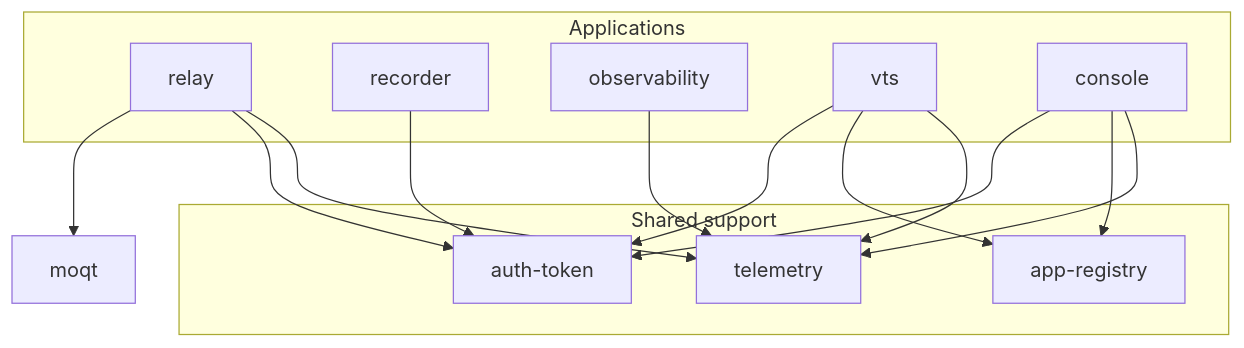
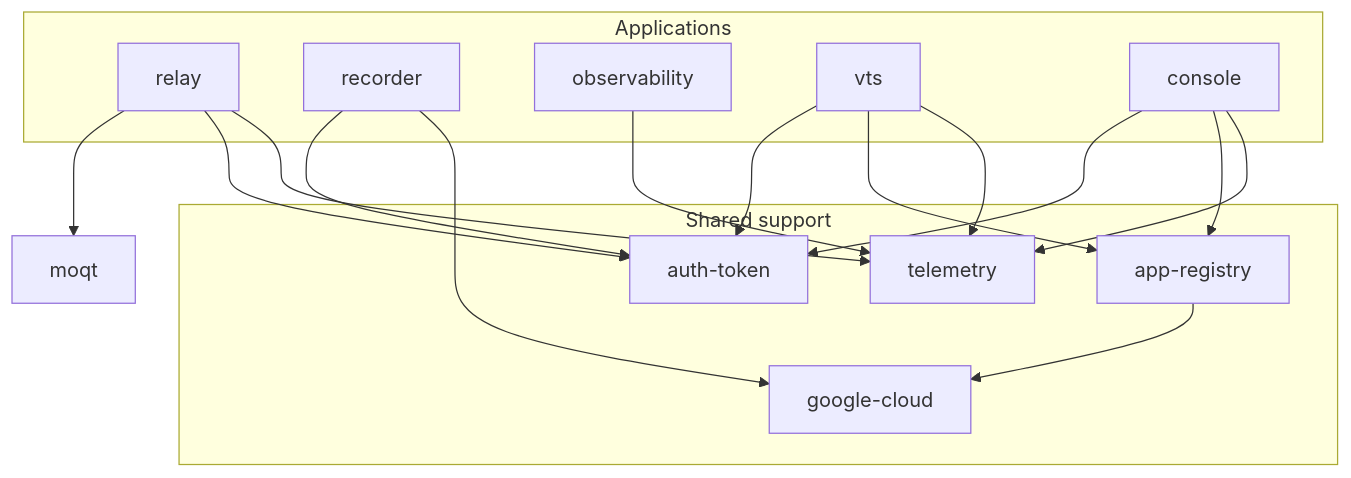
The second of 2 diagrams in crates/README.md (nttcom/moq-wasm), drawn with Mermaid before and after one commit. The commit also changed other lines of this file and 30 other files, not shown here.

First line of the commit message:
refactor(google-cloud): share one Cloud Storage client between app-registry and recorder (#1640)

````diff
--- a/crates/README.md
+++ b/crates/README.md
@@ -86,34 +86,38 @@
 ```mermaid
 flowchart TD
     subgraph apps[Applications]
         relay
         recorder
         observability
         vts
         console
     end
 
     subgraph support[Shared support]
         auth-token
         app-registry
+        google-cloud
         telemetry
     end
 
     moqt
 
     relay --> moqt
     relay --> auth-token
     relay --> telemetry
 
     recorder --> auth-token
+    recorder --> google-cloud
 
     observability --> telemetry
 
     vts --> auth-token
     vts --> app-registry
     vts --> telemetry
 
     console --> auth-token
     console --> app-registry
     console --> telemetry
+
+    app-registry --> google-cloud
 ```
````
